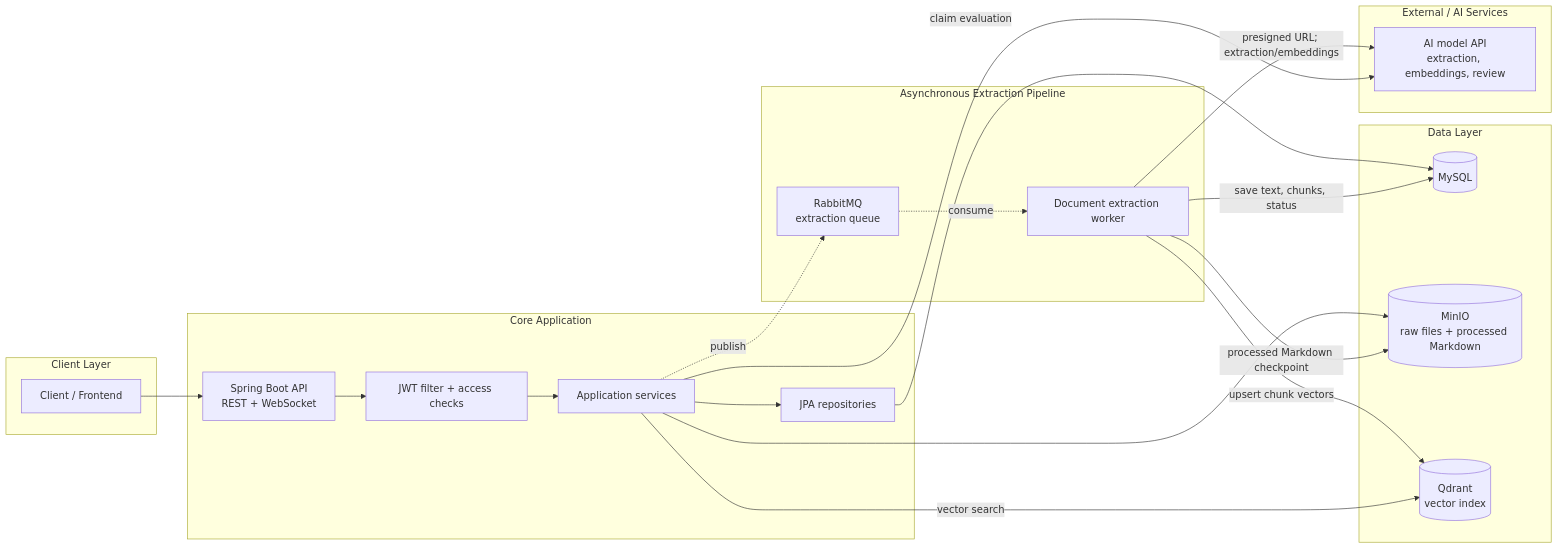
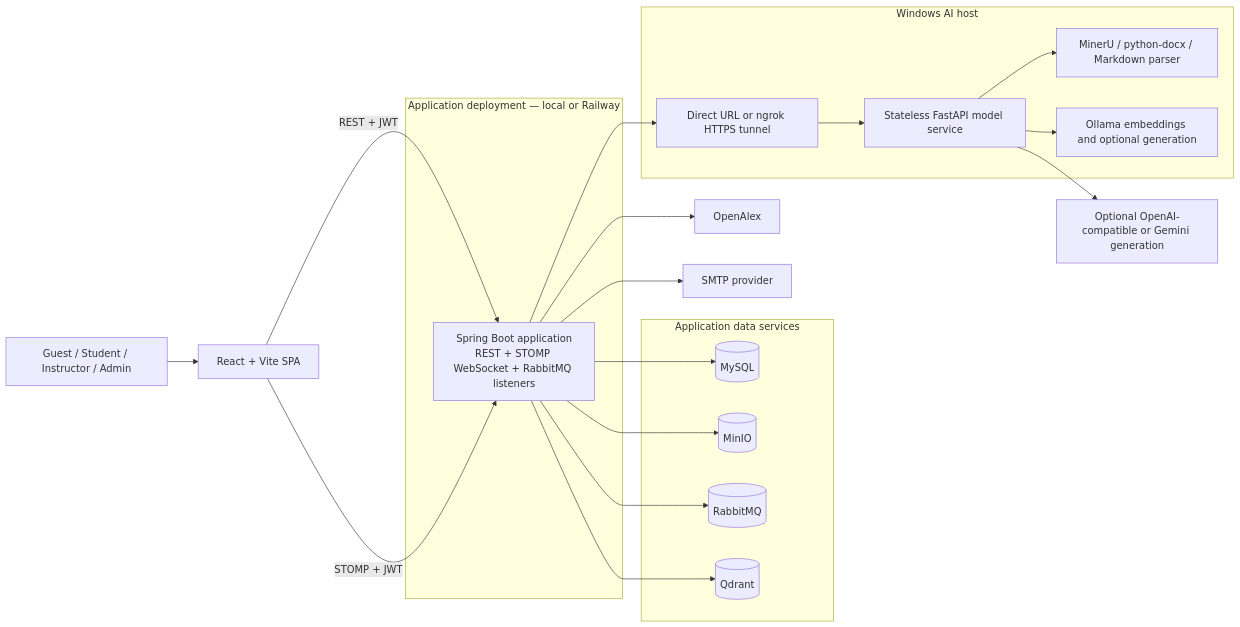
The first of 5 diagrams in System-Architecture.md (MinhKien17/SEP490_EvidencePilot), drawn with Mermaid before and after one commit. The commit also changed other lines of this file and 4 other files, not shown here.

Commit message:
docs:  README and system architecture

````diff
--- a/System-Architecture.md
+++ b/System-Architecture.md
@@ -39,51 +10,40 @@
 ```mermaid
 flowchart LR
-    subgraph Client Layer
-        Client["Client / Frontend"]
+    USERS["Guest / Student / Instructor / Admin"] --> FE["React + Vite SPA"]
+
+    subgraph APP["Application deployment — local or Railway"]
+        BE["Spring Boot application\nREST + STOMP WebSocket + RabbitMQ listeners"]
     end
 
-    subgraph Core Application
-        API["Spring Boot API\nREST + WebSocket"]
-        Security["JWT filter + access checks"]
-        Services["Application services"]
-        Repos["JPA repositories"]
+    subgraph DATA["Application data services"]
+        MYSQL[("MySQL")]
+        MINIO[("MinIO")]
+        RABBIT[("RabbitMQ")]
+        QDRANT[("Qdrant")]
     end
 
-    subgraph Data Layer
-        MySQL[("MySQL")]
-        MinIO[("MinIO\nraw files + processed Markdown")]
-        Qdrant[("Qdrant\nvector index")]
+    subgraph AIHOST["Windows AI host"]
+        ENTRY["Direct URL or ngrok HTTPS tunnel"]
+        MODEL["Stateless FastAPI model service"]
+        EXTRACT["MinerU / python-docx / Markdown parser"]
+        OLLAMA["Ollama embeddings and optional generation"]
+        ENTRY --> MODEL
+        MODEL --> EXTRACT
+        MODEL --> OLLAMA
     end
 
-    subgraph Asynchronous Extraction Pipeline
-        Rabbit["RabbitMQ\nextraction queue"]
-        Worker["Document extraction worker"]
-    end
+    REMOTE["Optional OpenAI-compatible or Gemini generation"]
+    OPENALEX["OpenAlex"]
+    SMTP["SMTP provider"]
 
-    subgraph External / AI Services
-        AI["AI model API\nextraction, embeddings, review"]
-    end
-
-    %% Core Flow
-    Client --> API
-    API --> Security
-    Security --> Services
-    Services --> Repos
-
-    %% Synchronous Data Access
-    Repos --> MySQL
-    Services --> MinIO
-    
-    %% Asynchronous Messaging (Dashed Lines)
-    Services -.->|"publish"| Rabbit
-    Rabbit -.->|"consume"| Worker
-    %% Worker Operations
-    Worker -->|"save text, chunks, status"| MySQL
-    Worker -->|"presigned URL; extraction/embeddings"| AI
-    Worker -->|"processed Markdown checkpoint"| MinIO
-    Worker -->|"upsert chunk vectors"| Qdrant
-
-    %% Direct Service Operations
-    Services -->|"claim evaluation"| AI
-    Services -->|"vector search"| Qdrant
+    FE -->|"REST + JWT"| BE
+    FE -->|"STOMP + JWT"| BE
+    BE --> MYSQL
+    BE --> MINIO
+    BE --> RABBIT
+    BE --> QDRANT
+    BE --> ENTRY
+    MODEL --> REMOTE
+    BE --> OPENALEX
+    BE --> SMTP
 ```
````
